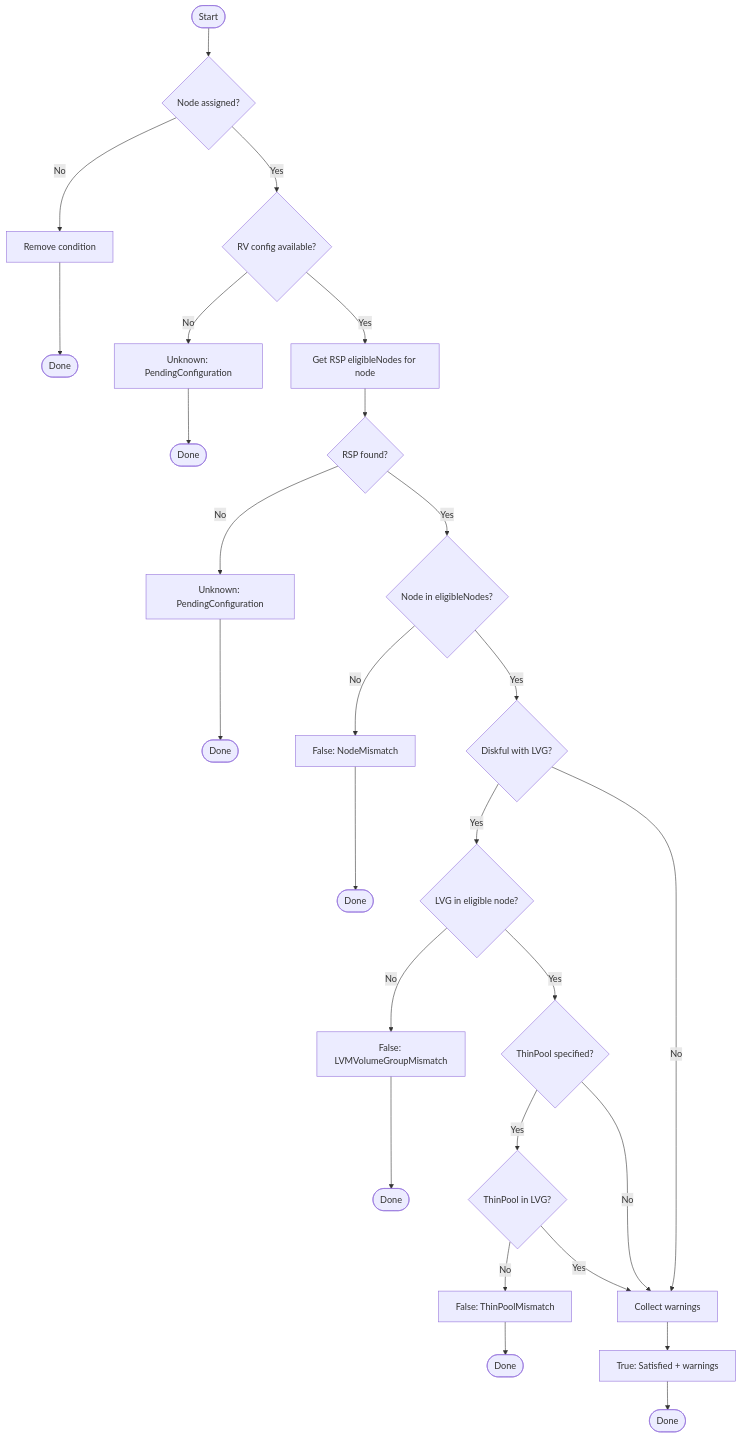
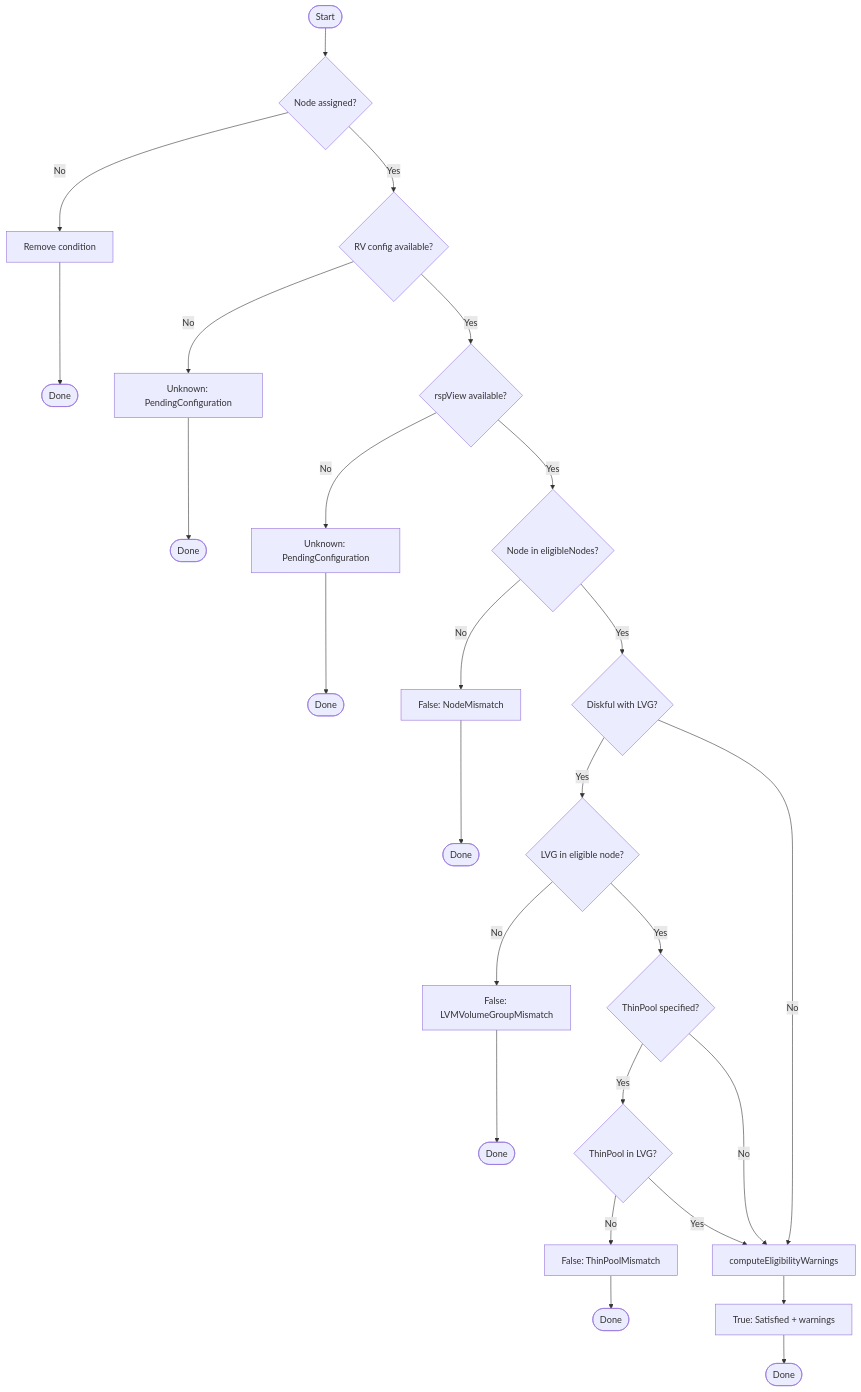
The fifth of 14 diagrams in images/controller/internal/controllers/rvr_controller/README.md (deckhouse/sds-replicated-volume), drawn with Mermaid before and after one commit. The commit also changed other lines of this file and 2 other files, not shown here.

First line of the commit message:
[controller/rvr] Validate RVR spec storage assignment against RSP eligibility

````diff
--- a/images/controller/internal/controllers/rvr_controller/README.md
+++ b/images/controller/internal/controllers/rvr_controller/README.md
@@ -665,37 +678,36 @@
 ```mermaid
 flowchart TD
     Start([Start]) --> CheckNode{Node assigned?}
     CheckNode -->|No| RemoveCond[Remove condition]
     RemoveCond --> End1([Done])
 
     CheckNode -->|Yes| CheckConfig{RV config available?}
     CheckConfig -->|No| SetUnknown1[Unknown: PendingConfiguration]
     SetUnknown1 --> End2([Done])
 
-    CheckConfig -->|Yes| GetRSP[Get RSP eligibleNodes for node]
-    GetRSP --> CheckRSPFound{RSP found?}
-    CheckRSPFound -->|No| SetUnknown2[Unknown: PendingConfiguration]
+    CheckConfig -->|Yes| CheckRSPView{rspView available?}
+    CheckRSPView -->|No| SetUnknown2[Unknown: PendingConfiguration]
     SetUnknown2 --> End3([Done])
 
-    CheckRSPFound -->|Yes| CheckNodeInList{Node in eligibleNodes?}
+    CheckRSPView -->|Yes| CheckNodeInList{Node in eligibleNodes?}
     CheckNodeInList -->|No| SetFalse1[False: NodeMismatch]
     SetFalse1 --> End4([Done])
 
     CheckNodeInList -->|Yes| CheckDiskful{Diskful with LVG?}
-    CheckDiskful -->|No| CollectWarnings[Collect warnings]
+    CheckDiskful -->|No| CollectWarnings[computeEligibilityWarnings]
 
     CheckDiskful -->|Yes| CheckLVG{LVG in eligible node?}
     CheckLVG -->|No| SetFalse2[False: LVMVolumeGroupMismatch]
     SetFalse2 --> End5([Done])
 
     CheckLVG -->|Yes| CheckThinPool{ThinPool specified?}
     CheckThinPool -->|No| CollectWarnings
 
     CheckThinPool -->|Yes| CheckTPMatch{ThinPool in LVG?}
     CheckTPMatch -->|No| SetFalse3[False: ThinPoolMismatch]
     SetFalse3 --> End6([Done])
 
     CheckTPMatch -->|Yes| CollectWarnings
     CollectWarnings --> SetTrue[True: Satisfied + warnings]
     SetTrue --> End7([Done])
 ```
````
